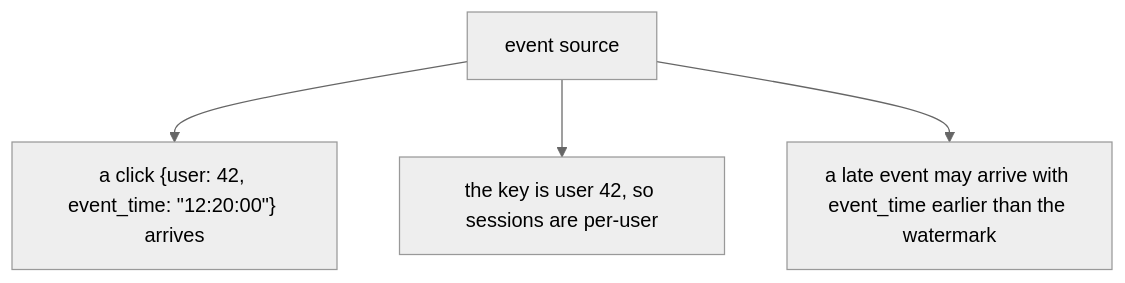
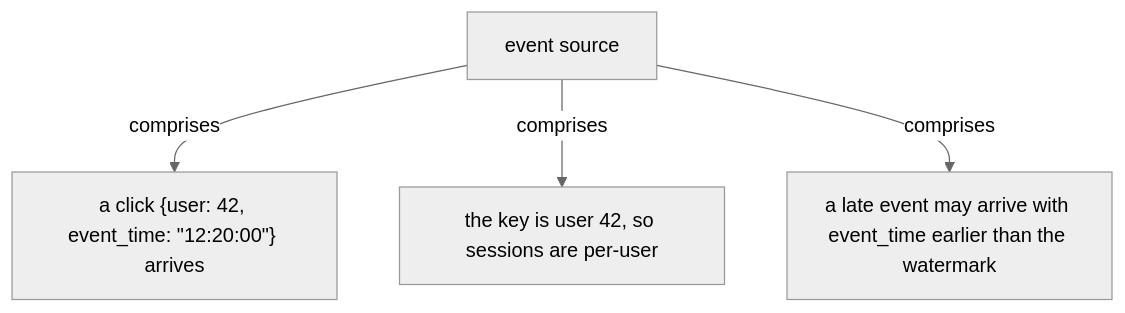
The fourth of 19 diagrams in docs/ch04-advanced-windowing.md (vinayakuber/streaming-systems-study-guide), drawn with Mermaid (neutral theme) before and after one commit. The commit also changed other lines of this file and 22 other files, not shown here.

First line of the commit message:
R18: label every diagram arrow with its meaning

````diff
--- a/docs/ch04-advanced-windowing.md
+++ b/docs/ch04-advanced-windowing.md
@@ -144,7 +144,7 @@
 ```mermaid
 flowchart TD
   R["event source"]
-  R --> P0["a click {user: 42, event_time: #quot;12:20:00#quot;} arrives"]
-  R --> P1["the key is user 42, so sessions are per-user"]
-  R --> P2["a late event may arrive with event_time earlier than the watermark"]
+  R -->|"comprises"| P0["a click {user: 42, event_time: #quot;12:20:00#quot;} arrives"]
+  R -->|"comprises"| P1["the key is user 42, so sessions are per-user"]
+  R -->|"comprises"| P2["a late event may arrive with event_time earlier than the watermark"]
 ```
````
